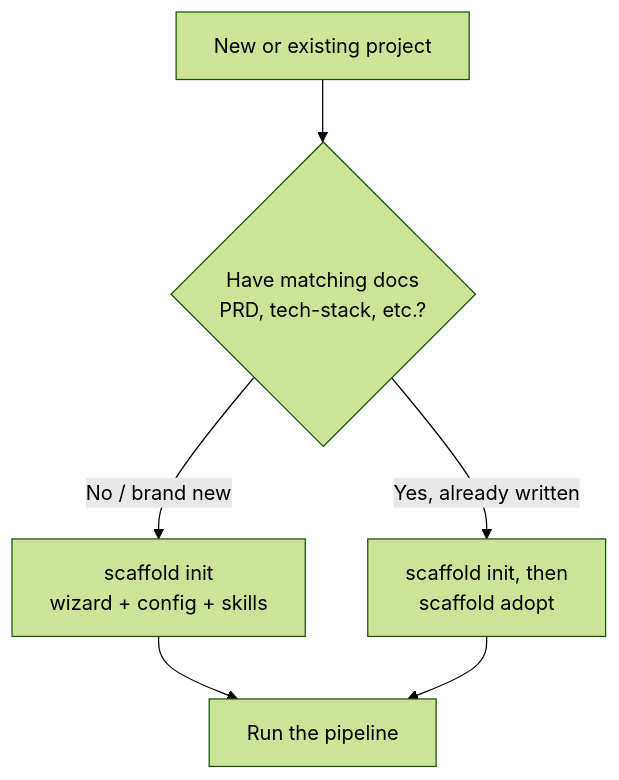
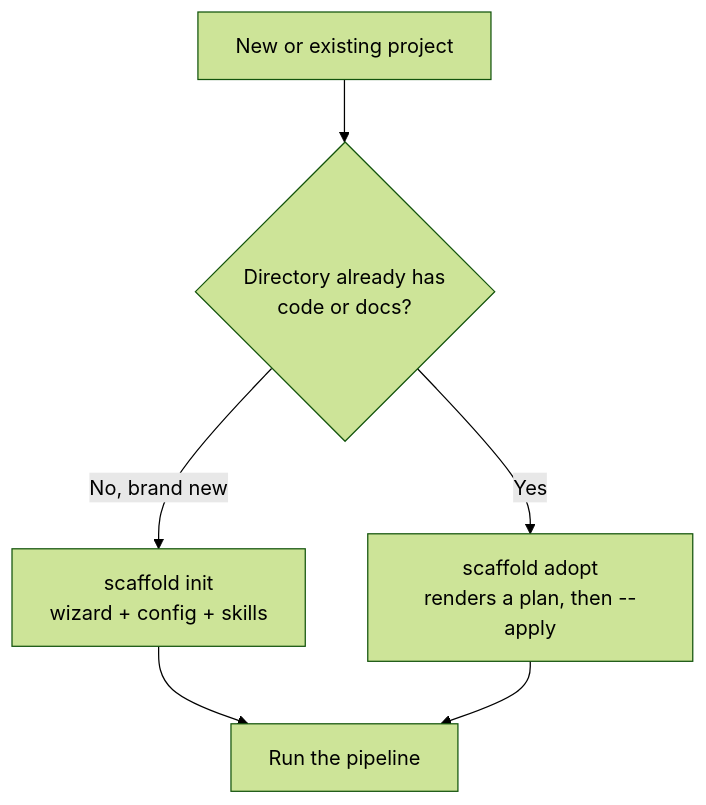
The diagram in content/guides/install/index.md (zigrivers/scaffold), drawn with Mermaid (forest theme) before and after one commit. The commit also changed other lines of this file and 34 other files, not shown here.

First line of the commit message:
feat(cli): Release 1 — parseable failures for init and adopt (F4, F5, F6, F9) (#789)

````diff
--- a/content/guides/install/index.md
+++ b/content/guides/install/index.md
@@ -121,8 +121,8 @@
 ```mermaid
 flowchart TD
-  A[New or existing project] --> B{Have matching docs<br/>PRD, tech-stack, etc.?}
-  B -->|No / brand new| C["scaffold init<br/>wizard + config + skills"]
-  B -->|Yes, already written| D["scaffold init, then<br/>scaffold adopt"]
+  A[New or existing project] --> B{Directory already has<br/>code or docs?}
+  B -->|No, brand new| C["scaffold init<br/>wizard + config + skills"]
+  B -->|Yes| D["scaffold adopt<br/>renders a plan, then --apply"]
   C --> E[Run the pipeline]
   D --> E
 ```
````
